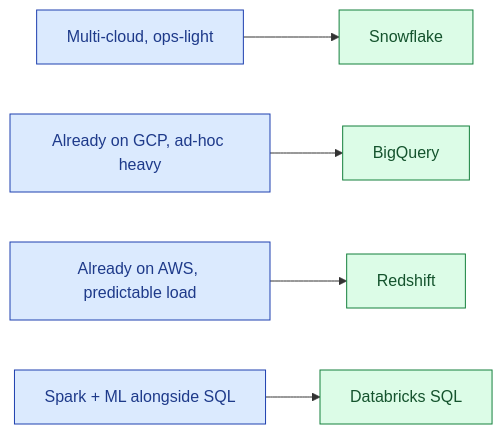
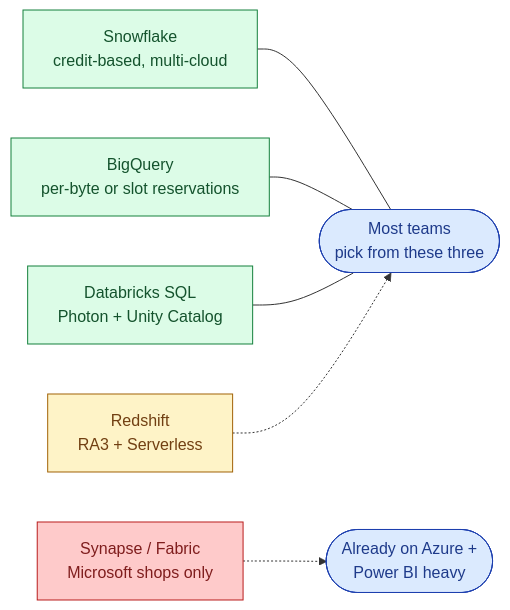
The first of 3 diagrams in _de_concepts/071-warehouses-comparison.md (shiningflash/shiningflash.github.io), drawn with Mermaid before and after one commit. The commit also changed other lines of this file and 69 other files, not shown here.

````diff
--- a/_de_concepts/071-warehouses-comparison.md
+++ b/_de_concepts/071-warehouses-comparison.md
@@ -19,10 +14,19 @@
 ```mermaid
 flowchart LR
-    Team1["Multi-cloud, ops-light"]:::a --> SF["Snowflake"]:::g
-    Team2["Already on GCP, ad-hoc heavy"]:::a --> BQ["BigQuery"]:::g
-    Team3["Already on AWS, predictable load"]:::a --> RS["Redshift"]:::g
-    Team4["Spark + ML alongside SQL"]:::a --> DB["Databricks SQL"]:::g
+    SF["Snowflake<br/>credit-based, multi-cloud"]:::g
+    BQ["BigQuery<br/>per-byte or slot reservations"]:::g
+    DB["Databricks SQL<br/>Photon + Unity Catalog"]:::g
+    RS["Redshift<br/>RA3 + Serverless"]:::y
+    SY["Synapse / Fabric<br/>Microsoft shops only"]:::r
+
+    SF --- Pick(["Most teams<br/>pick from these three"]):::a
+    BQ --- Pick
+    DB --- Pick
+    RS -.-> Pick
+    SY -.-> Niche(["Already on Azure +<br/>Power BI heavy"]):::a
 
     classDef a fill:#dbeafe,stroke:#1e40af,color:#1e3a8a
     classDef g fill:#dcfce7,stroke:#15803d,color:#14532d
+    classDef y fill:#fef3c7,stroke:#a16207,color:#713f12
+    classDef r fill:#fecaca,stroke:#b91c1c,color:#7f1d1d
 ```
````
